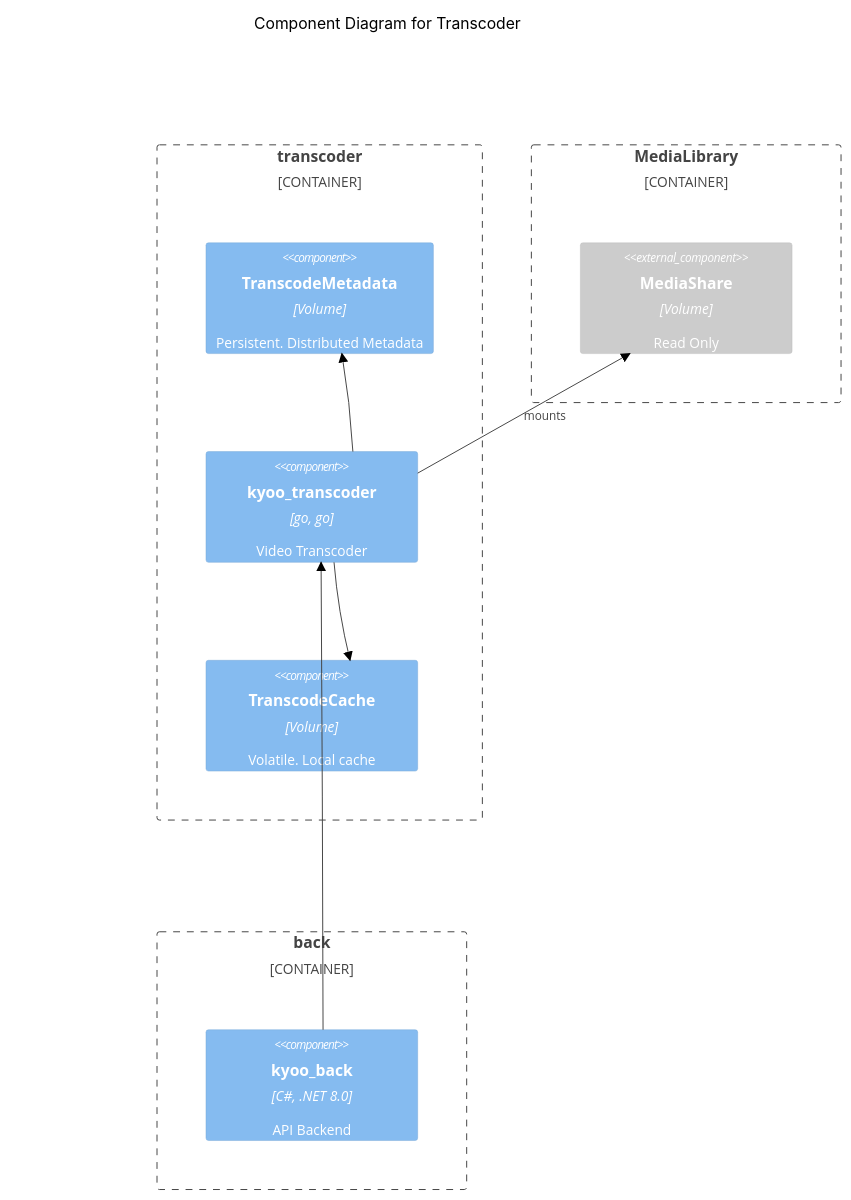
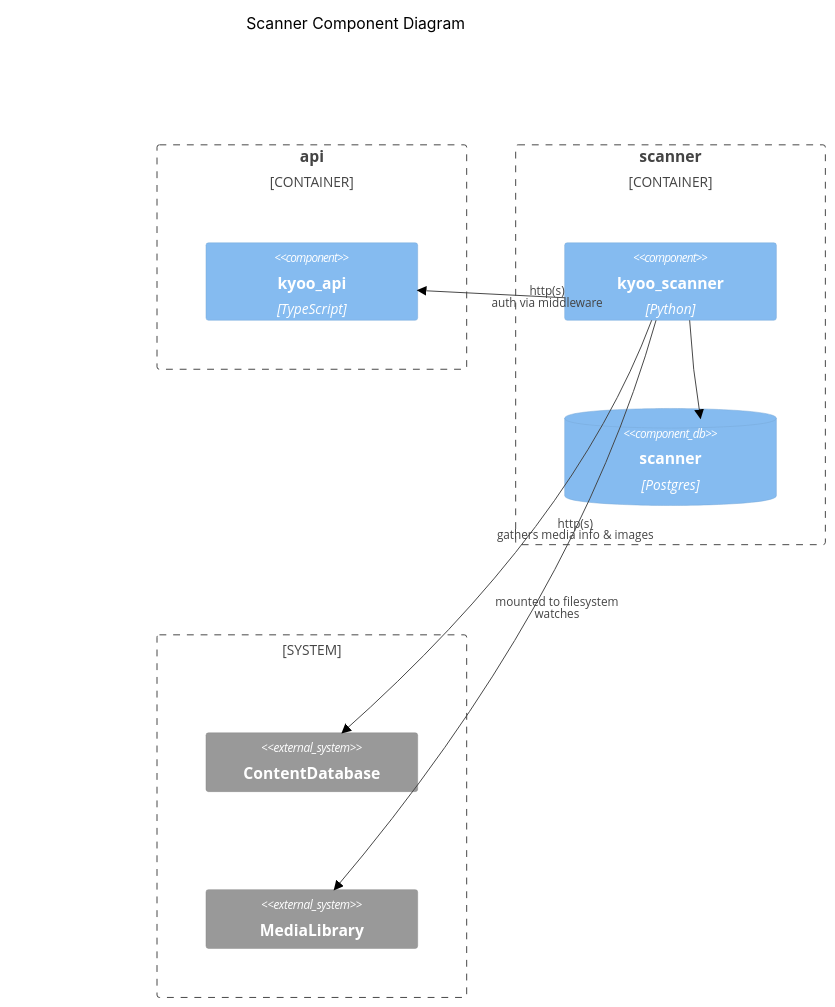
The eighth of 8 diagrams in DIAGRAMS.md (zoriya/Kyoo), drawn with Mermaid (forest theme) before and after one commit. The commit also changed other lines of this file, not shown here.

Commit message:
update diagrams for v5

````diff
--- a/DIAGRAMS.md
+++ b/DIAGRAMS.md
@@ -274,23 +220,24 @@
 ```mermaid
 C4Component
-  UpdateLayoutConfig($c4ShapeInRow="2", $c4BoundaryInRow="2")
+  UpdateLayoutConfig($c4ShapeInRow="5", $c4BoundaryInRow="2")
   
-  title Component Diagram for Transcoder
+  title Scanner Component Diagram
 
-  Container_Boundary(transcoder, "transcoder") {
-    Component(transcoder_c2, "TranscodeMetadata", "Volume", "Persistent. Distributed Metadata")
-    Component(transcoder_c1, "kyoo_transcoder", "go, go", "Video Transcoder")
-    Component(transcoder_c3, "TranscodeCache", "Volume", "Volatile. Local cache")
-  }
-  Container_Boundary(media, "MediaLibrary") {
-    Component_Ext(media_c1, "MediaShare", "Volume", "Read Only")
-  }
-  Container_Boundary(backend, "back") {
-    Component(backend_c2, "kyoo_back", "C#, .NET 8.0", "API Backend")
+  Container_Boundary(api, "api") {
+    Component(api_c1, "kyoo_api", "TypeScript", "")
   }
 
-  Rel(transcoder_c1, media_c1, "mounts")
-  Rel(transcoder_c1, transcoder_c2, "")
-  Rel(transcoder_c1, transcoder_c3, "")
-  Rel(backend_c2, transcoder_c1, "")
+  Container_Boundary(scanner, "scanner") {
+    Component(scanner_c1, "kyoo_scanner", "Python", "")
+    ComponentDb(scanner_db1, "scanner", "Postgres", "")
+  }
+  System_Boundary(external, "") {
+    System_Ext(content, "ContentDatabase", "")
+    System_Ext(media, "MediaLibrary", "")
+  }
+
+  Rel(scanner_c1, api_c1, "http(s) <br/> auth via middleware")
+  Rel(scanner_c1, scanner_db1, "")
+  Rel(scanner_c1, content, "http(s) <br/> gathers media info & images")
+  Rel(scanner_c1, media, "mounted to filesystem <br/> watches")
 ```
````
